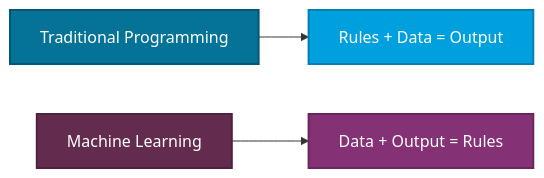
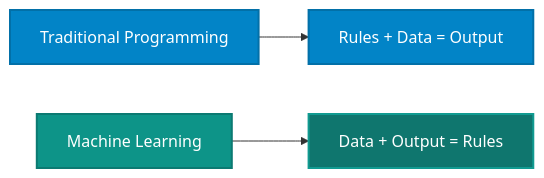
Before and after one commit to nitin27may/ai-resources: the diagram in docs/getting-started/index.md, drawn with Mermaid. The commit also changed other lines of this file and 43 other files, not shown here.

````diff
--- a/docs/getting-started/index.md
+++ b/docs/getting-started/index.md
@@ -30,10 +30,10 @@
 ```mermaid
 graph LR
     A[Traditional Programming] --> B["Rules + Data = Output"]
     C[Machine Learning] --> D["Data + Output = Rules"]
 
-    style A fill:#057398,stroke:#045672,stroke-width:2px,color:#fff
-    style B fill:#00A0DF,stroke:#0080B3,stroke-width:2px,color:#fff
-    style C fill:#632C4F,stroke:#4E223E,stroke-width:2px,color:#fff
-    style D fill:#853175,stroke:#6A275E,stroke-width:2px,color:#fff
+    style A fill:#0284c7,stroke:#0270a8,stroke-width:2px,color:#fff
+    style B fill:#0284c7,stroke:#0270a8,stroke-width:2px,color:#fff
+    style C fill:#0d9488,stroke:#0b7a72,stroke-width:2px,color:#fff
+    style D fill:#0f766e,stroke:#119b91,stroke-width:2px,color:#fff
 ```
````
